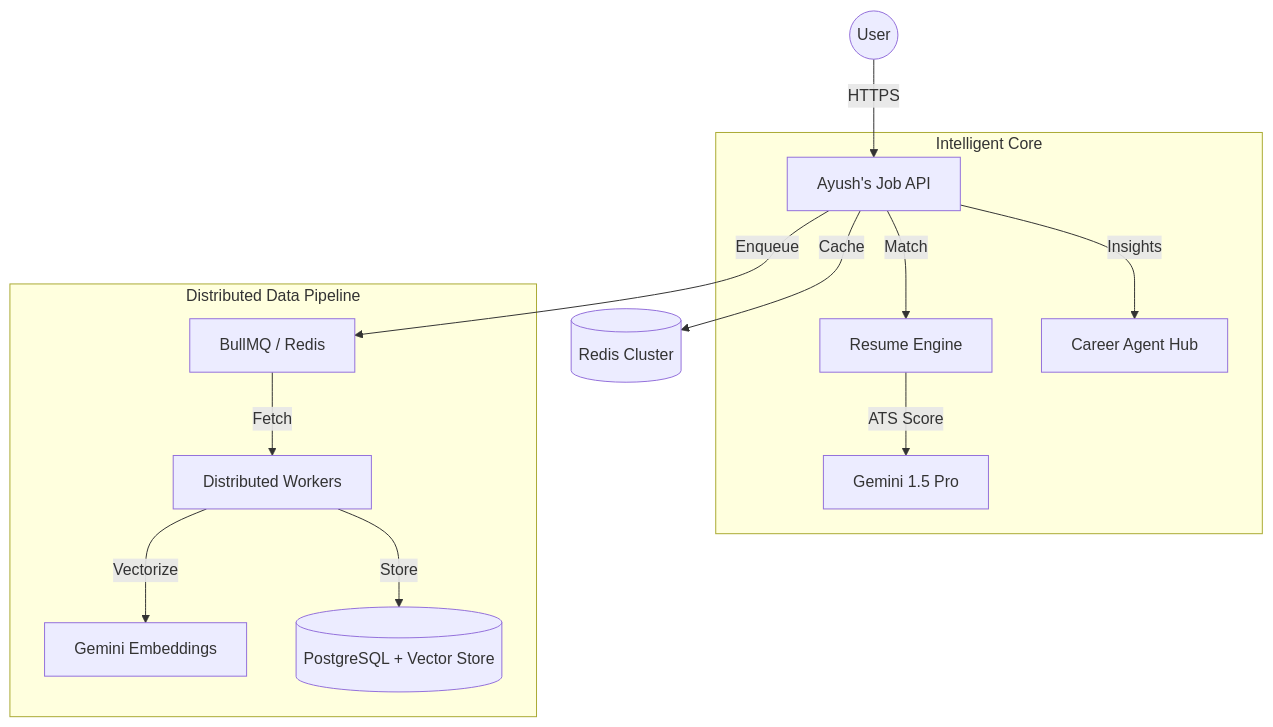
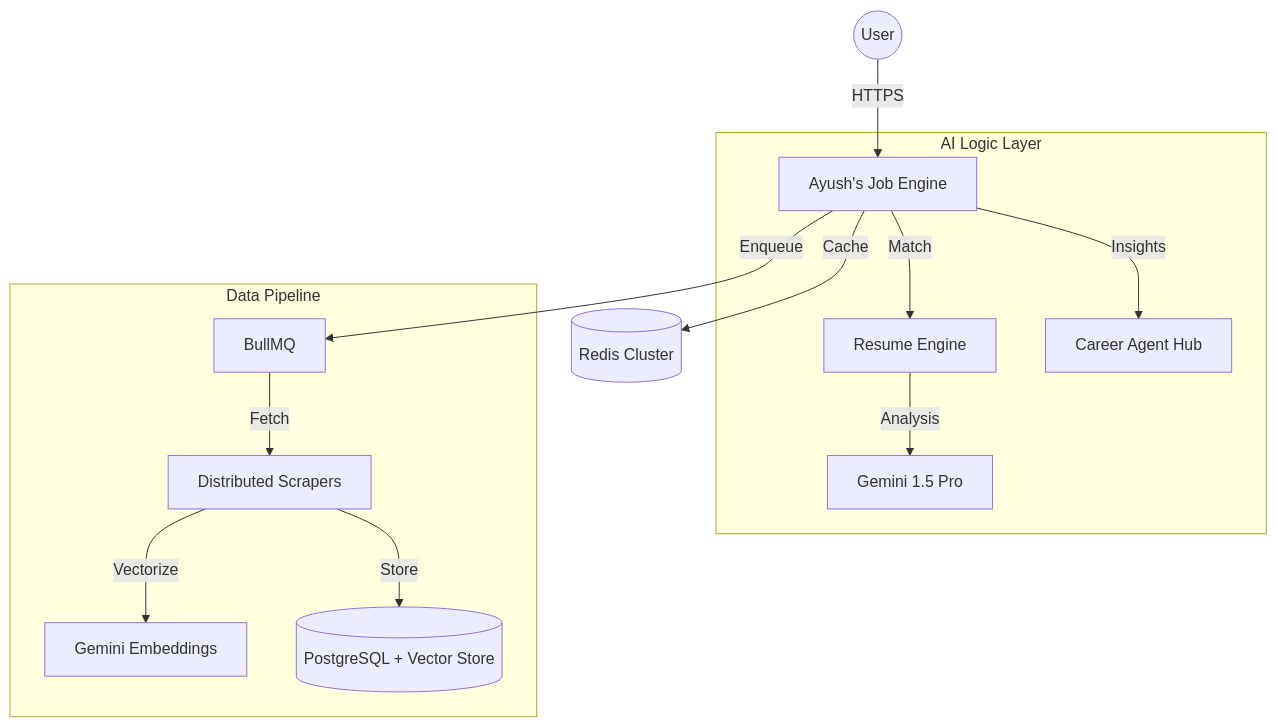
Before and after one commit to Minato95-ayu/job-finder: the diagram in README.md, drawn with Mermaid. The commit also changed other lines of this file, not shown here.

Commit message:
docs: refactor and update README with improved project documentation, architecture, and feature descriptions

````diff
--- a/README.md
+++ b/README.md
@@ -45,18 +55,18 @@
 ```mermaid
 graph TD
-    User((User)) -->|HTTPS| API[Ayush's Job API]
+    User((User)) -->|HTTPS| API[Ayush's Job Engine]
     API -->|Cache| Redis[(Redis Cluster)]
     
-    subgraph "Intelligent Core"
+    subgraph "AI Logic Layer"
         API -->|Match| Resume[Resume Engine]
         API -->|Insights| Agent[Career Agent Hub]
-        Resume -->|ATS Score| G1[Gemini 1.5 Pro]
+        Resume -->|Analysis| Gemini[Gemini 1.5 Pro]
     end
 
-    subgraph "Distributed Data Pipeline"
-        API -->|Enqueue| Queue[BullMQ / Redis]
-        Queue -->|Fetch| Worker[Distributed Workers]
+    subgraph "Data Pipeline"
+        API -->|Enqueue| Queue[BullMQ]
+        Queue -->|Fetch| Worker[Distributed Scrapers]
         Worker -->|Vectorize| Embed[Gemini Embeddings]
         Worker -->|Store| DB[(PostgreSQL + Vector Store)]
     end
 ```
````
